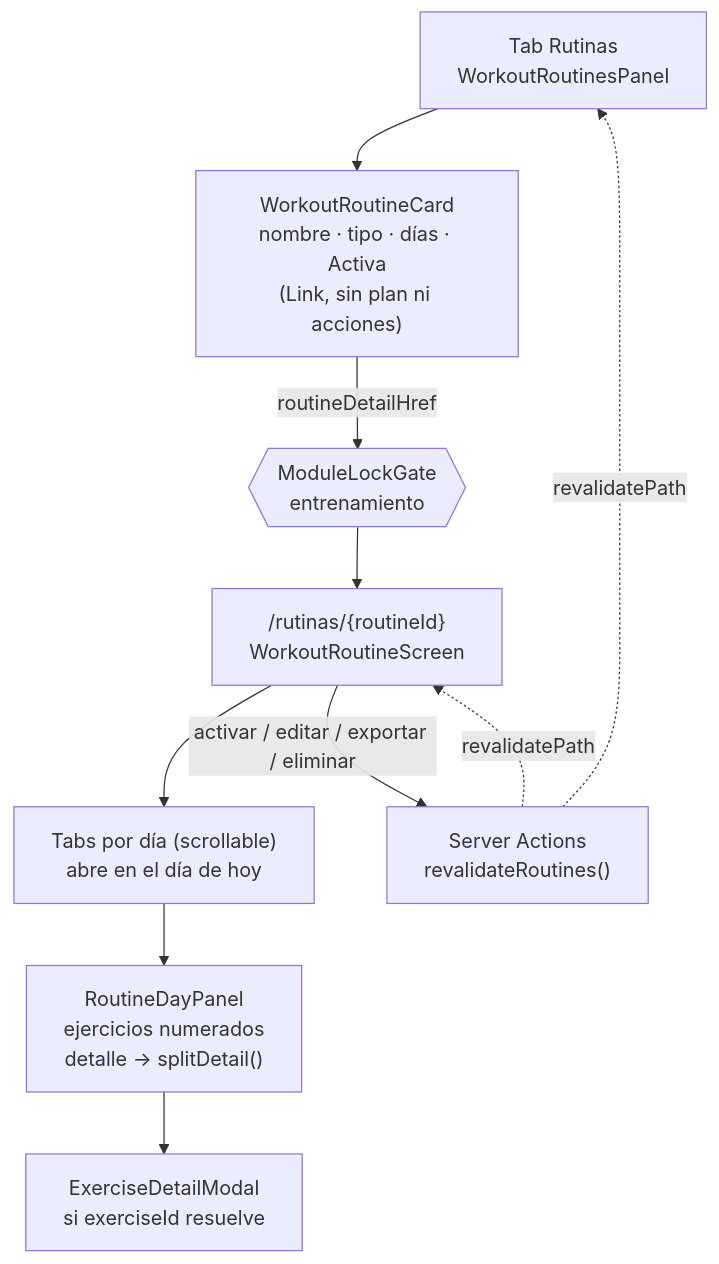
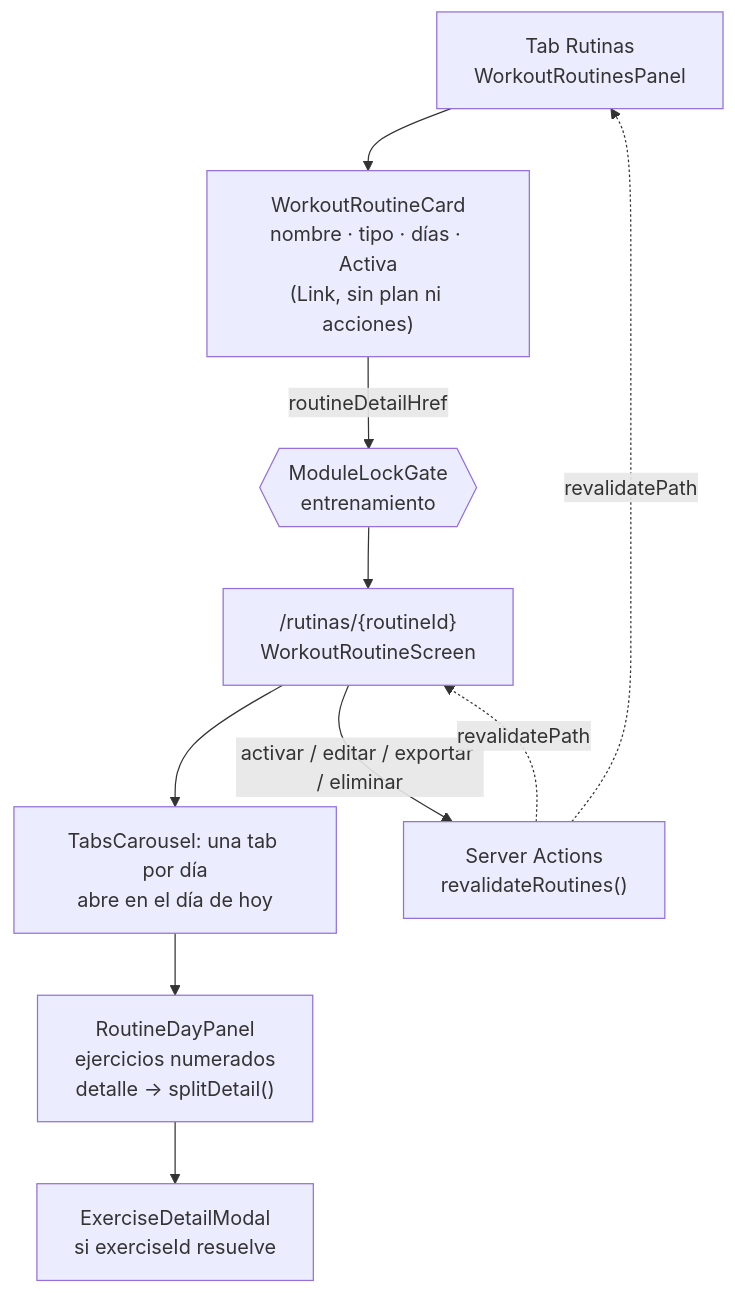
One commit to EmaDev/maguita changed the sixth of 23 diagrams in docs/firestore-schema.md. Above: the diagram before and after it, drawn with Mermaid. The commit also changed other lines of this file and 9 other files, not shown here.

````diff
--- a/docs/firestore-schema.md
+++ b/docs/firestore-schema.md
@@ -1512,16 +1629,16 @@
 ```mermaid
 flowchart TD
     LIST["Tab Rutinas<br/>WorkoutRoutinesPanel"]
     CARD["WorkoutRoutineCard<br/>nombre · tipo · días · Activa<br/>(Link, sin plan ni acciones)"]
     DETAIL["/rutinas/{routineId}<br/>WorkoutRoutineScreen"]
     GATE{{"ModuleLockGate<br/>entrenamiento"}}
-    TABS["Tabs por día (scrollable)<br/>abre en el día de hoy"]
+    TABS["TabsCarousel: una tab por día<br/>abre en el día de hoy"]
     PANEL["RoutineDayPanel<br/>ejercicios numerados<br/>detalle → splitDetail()"]
     FICHA["ExerciseDetailModal<br/>si exerciseId resuelve"]
 
     LIST --> CARD -->|routineDetailHref| GATE --> DETAIL
     DETAIL --> TABS --> PANEL --> FICHA
     DETAIL -->|activar / editar / exportar / eliminar| ACT["Server Actions<br/>revalidateRoutines()"]
     ACT -.->|revalidatePath| DETAIL
     ACT -.->|revalidatePath| LIST
 ```
````
